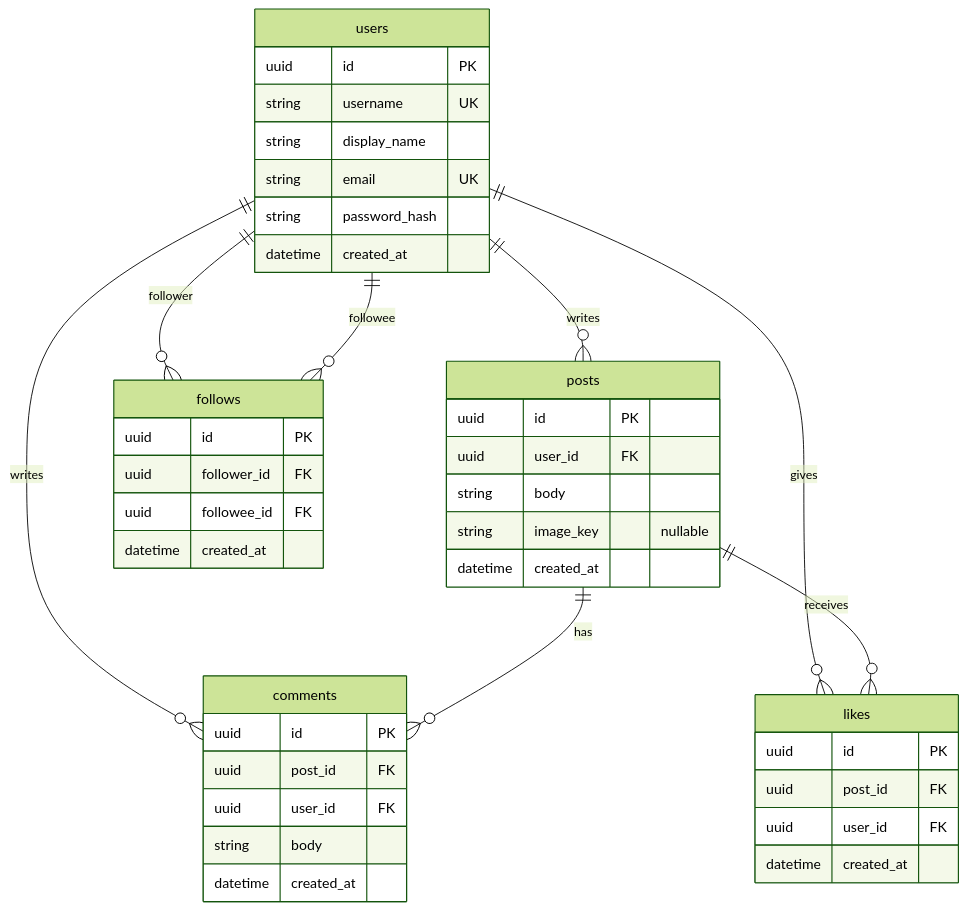
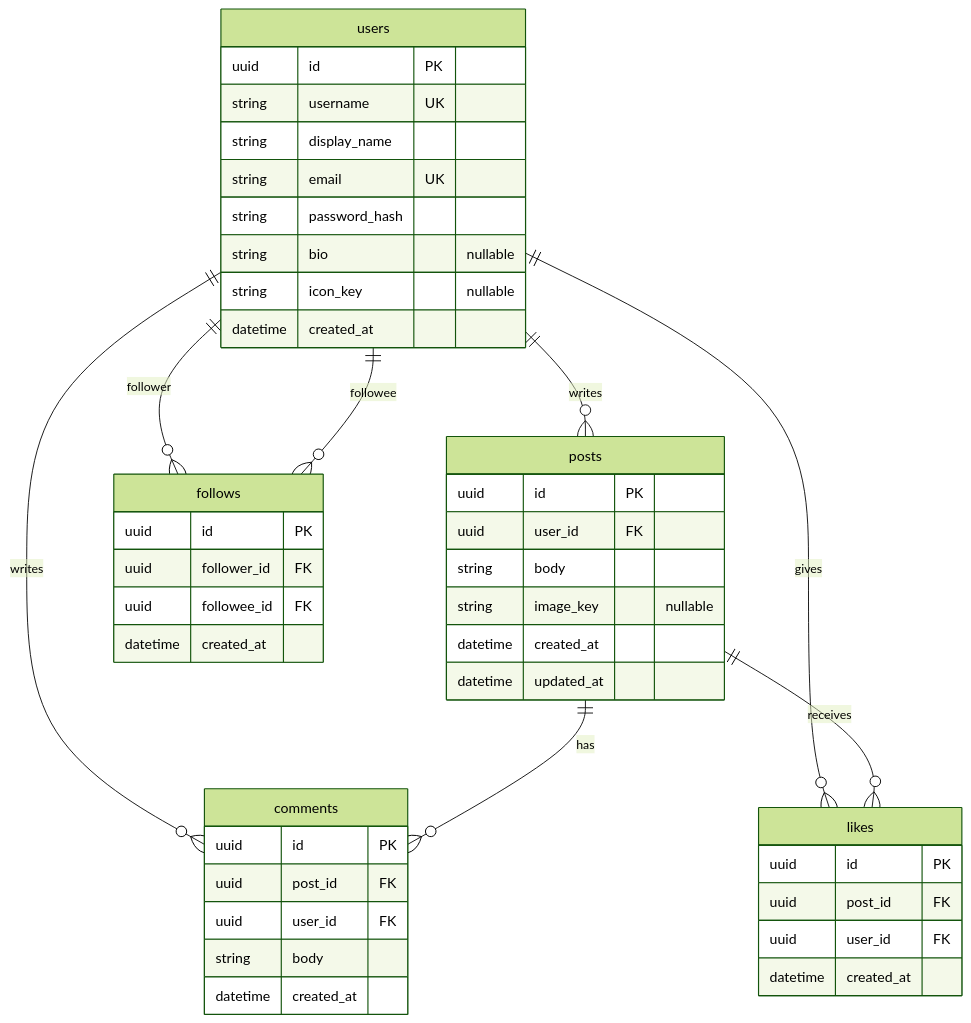
Before and after one commit to pfgnsb/learning-sns: the second of 2 diagrams in ドキュメント/ER図.md, drawn with Mermaid (forest theme). The commit also changed other lines of this file and 14 other files, not shown here.

````diff
--- a/ドキュメント/ER図.md
+++ b/ドキュメント/ER図.md
@@ -37,44 +37,47 @@
 ```mermaid
 erDiagram
   users ||--o{ posts : writes
   users ||--o{ comments : writes
   users ||--o{ likes : gives
   users ||--o{ follows : follower
   users ||--o{ follows : followee
   posts ||--o{ comments : has
   posts ||--o{ likes : receives
   users {
     uuid id PK
     string username UK
     string display_name
     string email UK
     string password_hash
+    string bio "nullable"
+    string icon_key "nullable"
     datetime created_at
   }
   posts {
     uuid id PK
     uuid user_id FK
     string body
     string image_key "nullable"
     datetime created_at
+    datetime updated_at
   }
   comments {
     uuid id PK
     uuid post_id FK
     uuid user_id FK
     string body
     datetime created_at
   }
   likes {
     uuid id PK
     uuid post_id FK
     uuid user_id FK
     datetime created_at
   }
   follows {
     uuid id PK
     uuid follower_id FK
     uuid followee_id FK
     datetime created_at
   }
 ```
````
